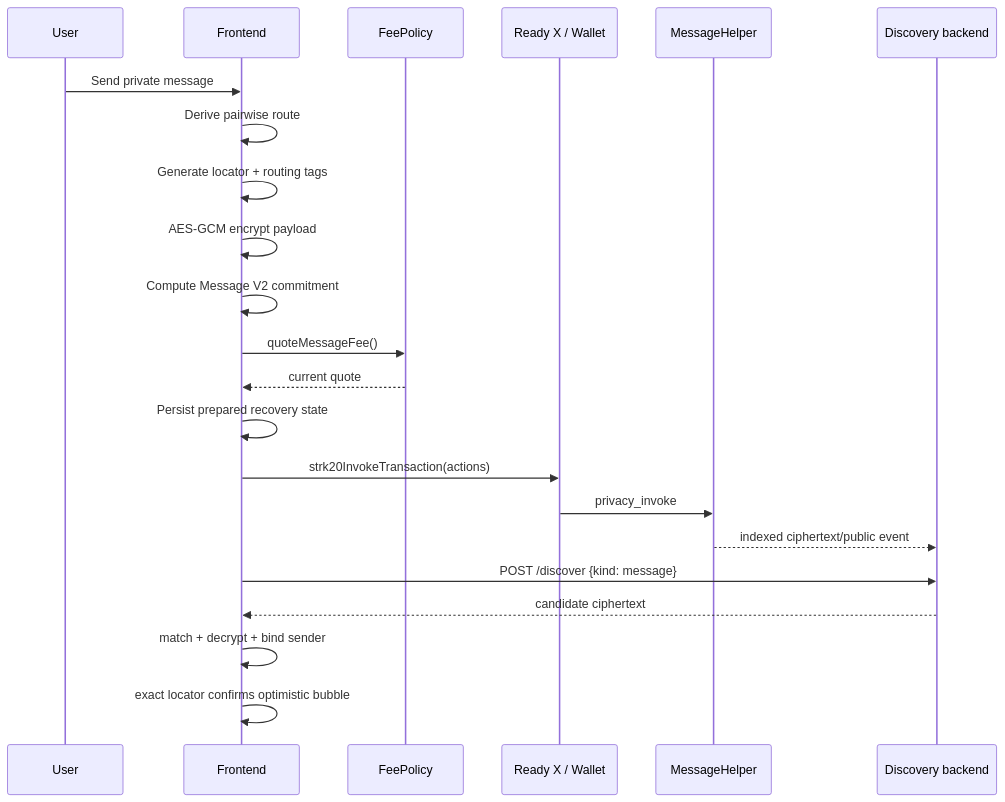
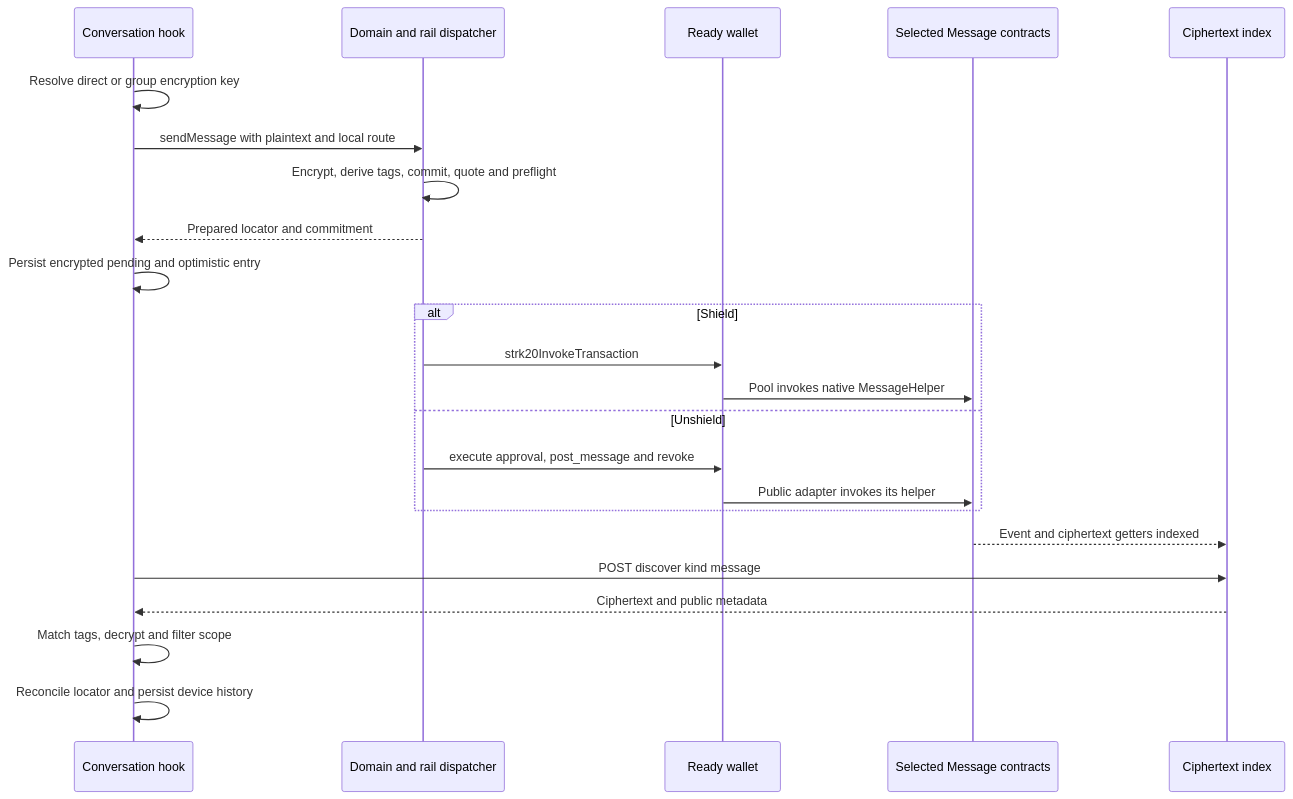
One commit to DXJLabs/vinss changed the third of 9 diagrams in docs/technical/frontend/README.md. Above: the diagram before and after it, drawn with Mermaid. The commit also changed other lines of this file and 8 other files, not shown here.

Commit message:
docs: refresh messaging architecture, code maps and Mermaid; verify Offer rails

````diff
--- a/docs/technical/frontend/README.md
+++ b/docs/technical/frontend/README.md
@@ -506,25 +514,25 @@
 ```mermaid
 sequenceDiagram
-    participant U as User
-    participant FE as Frontend
-    participant FP as FeePolicy
-    participant W as Ready X / Wallet
-    participant C as MessageHelper
-    participant B as Discovery backend
-
-    U->>FE: Send private message
-    FE->>FE: Derive pairwise route
-    FE->>FE: Generate locator + routing tags
-    FE->>FE: AES-GCM encrypt payload
-    FE->>FE: Compute Message V2 commitment
-    FE->>FP: quoteMessageFee()
-    FP-->>FE: current quote
-    FE->>FE: Persist prepared recovery state
-    FE->>W: strk20InvokeTransaction(actions)
-    W->>C: privacy_invoke
-    C-->>B: indexed ciphertext/public event
-    FE->>B: POST /discover {kind: message}
-    B-->>FE: candidate ciphertext
-    FE->>FE: match + decrypt + bind sender
-    FE->>FE: exact locator confirms optimistic bubble
+    participant H as Conversation hook
+    participant M as Domain and rail dispatcher
+    participant W as Ready wallet
+    participant C as Selected Message contracts
+    participant I as Ciphertext index
+    H->>H: Resolve direct or group encryption key
+    H->>M: sendMessage with plaintext and local route
+    M->>M: Encrypt, derive tags, commit, quote and preflight
+    M-->>H: Prepared locator and commitment
+    H->>H: Persist encrypted pending and optimistic entry
+    alt Shield
+        M->>W: strk20InvokeTransaction
+        W->>C: Pool invokes native MessageHelper
+    else Unshield
+        M->>W: execute approval, post_message and revoke
+        W->>C: Public adapter invokes its helper
+    end
+    C-->>I: Event and ciphertext getters indexed
+    H->>I: POST discover kind message
+    I-->>H: Ciphertext and public metadata
+    H->>H: Match tags, decrypt and filter scope
+    H->>H: Reconcile locator and persist device history
 ```
````
